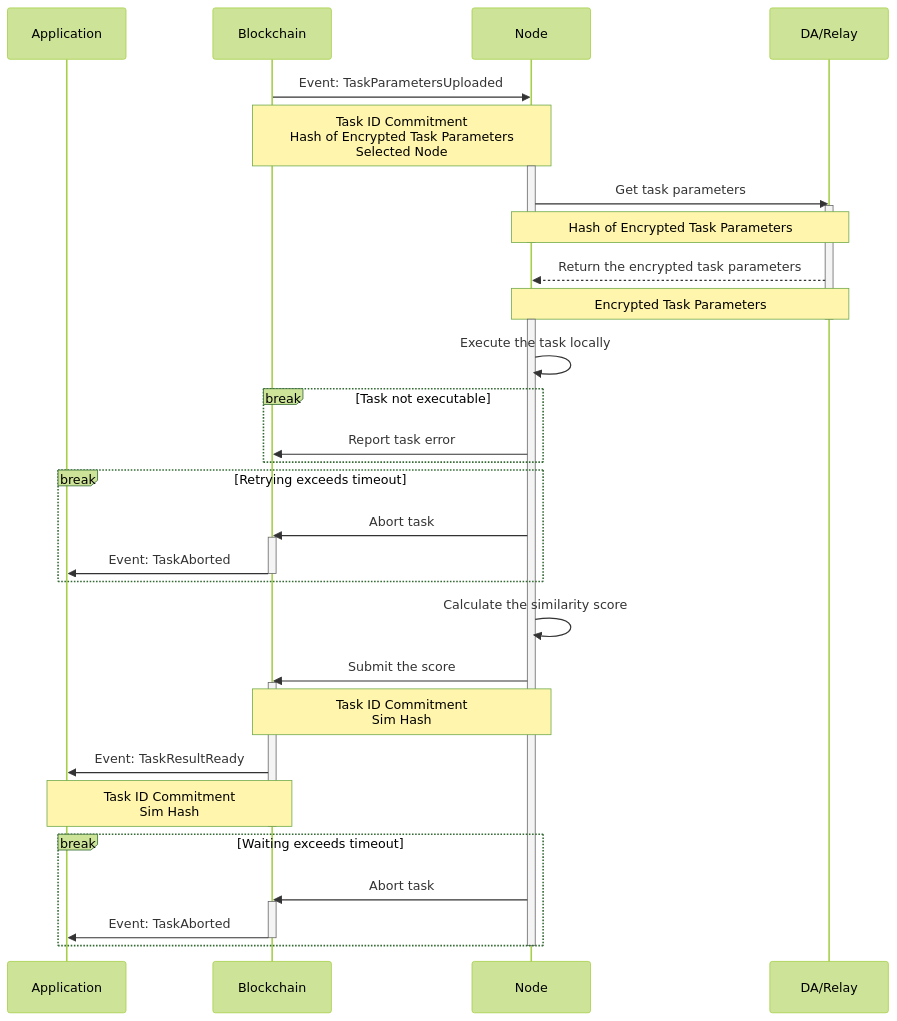
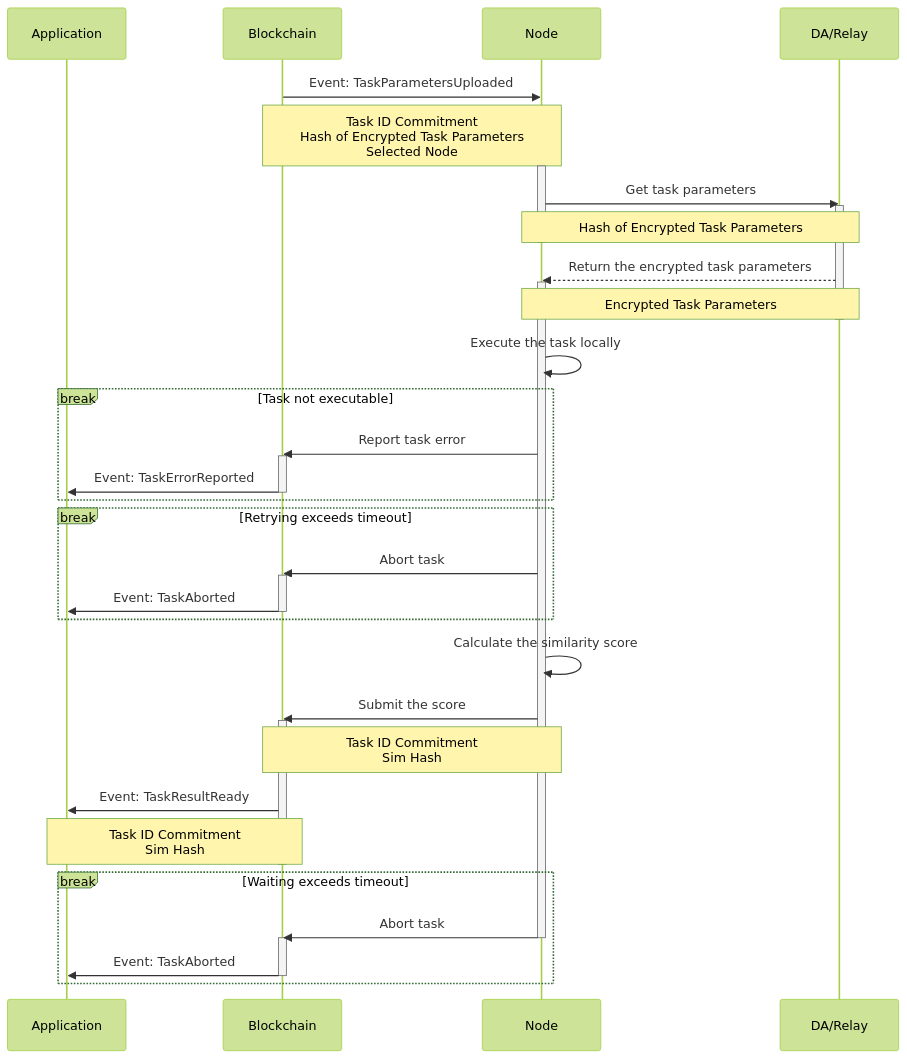
The second of 4 diagrams in gitbook/system-design/task-lifecycle.md (crynux-ai/documentation), drawn with Mermaid (forest theme) before and after one commit. The commit also changed other lines of this file, not shown here.

Commit message:
GITBOOK-280: No subject

````diff
--- a/gitbook/system-design/task-lifecycle.md
+++ b/gitbook/system-design/task-lifecycle.md
@@ -104,51 +104,53 @@
 ```mermaid
 sequenceDiagram
     Participant A as Application
     Participant B as Blockchain
     Participant N as Node
     Participant R as DA/Relay
 
     B ->> N: Event: TaskParametersUploaded
     Note over B,N: Task ID Commitment<br/>Hash of Encrypted Task Parameters<br/>Selected Node
     activate N
     N ->> R: Get task parameters
     activate R
     Note over N,R: Hash of Encrypted Task Parameters
     deactivate N
     
     R -->> N: Return the encrypted task parameters
+    activate N
     Note over N,R: Encrypted Task Parameters
-
     deactivate R
-    activate N
+    
     N ->> N: Execute the task locally
 
     break Task not executable
         N ->> B: Report task error
+        activate B
+        B ->> A: Event: TaskErrorReported
+        deactivate B
     end
 
     break Retrying exceeds timeout
         N ->> B: Abort task
         activate B
         B ->> A: Event: TaskAborted
         deactivate B
     end
     
     N ->> N: Calculate the similarity score
     N ->> B: Submit the score
     activate B
     Note over N,B: Task ID Commitment<br/>Sim Hash
     B ->> A: Event: TaskResultReady
     Note over A,B: Task ID Commitment<br/>Sim Hash
     deactivate B
 
     break Waiting exceeds timeout
         N ->> B: Abort task
+        deactivate N
         activate B
         B ->> A: Event: TaskAborted
         deactivate B
     end
 
-    deactivate N
-
 ```
````
